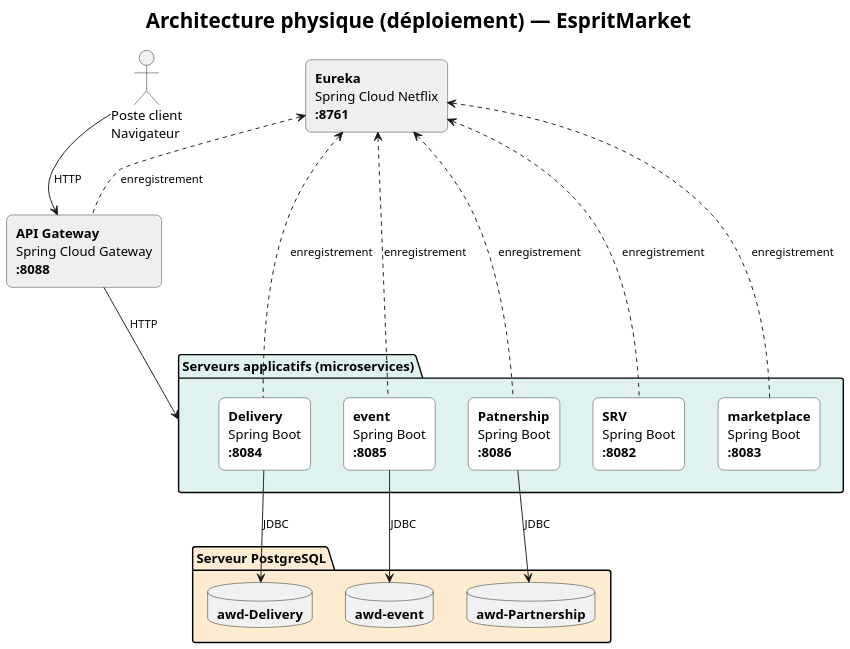
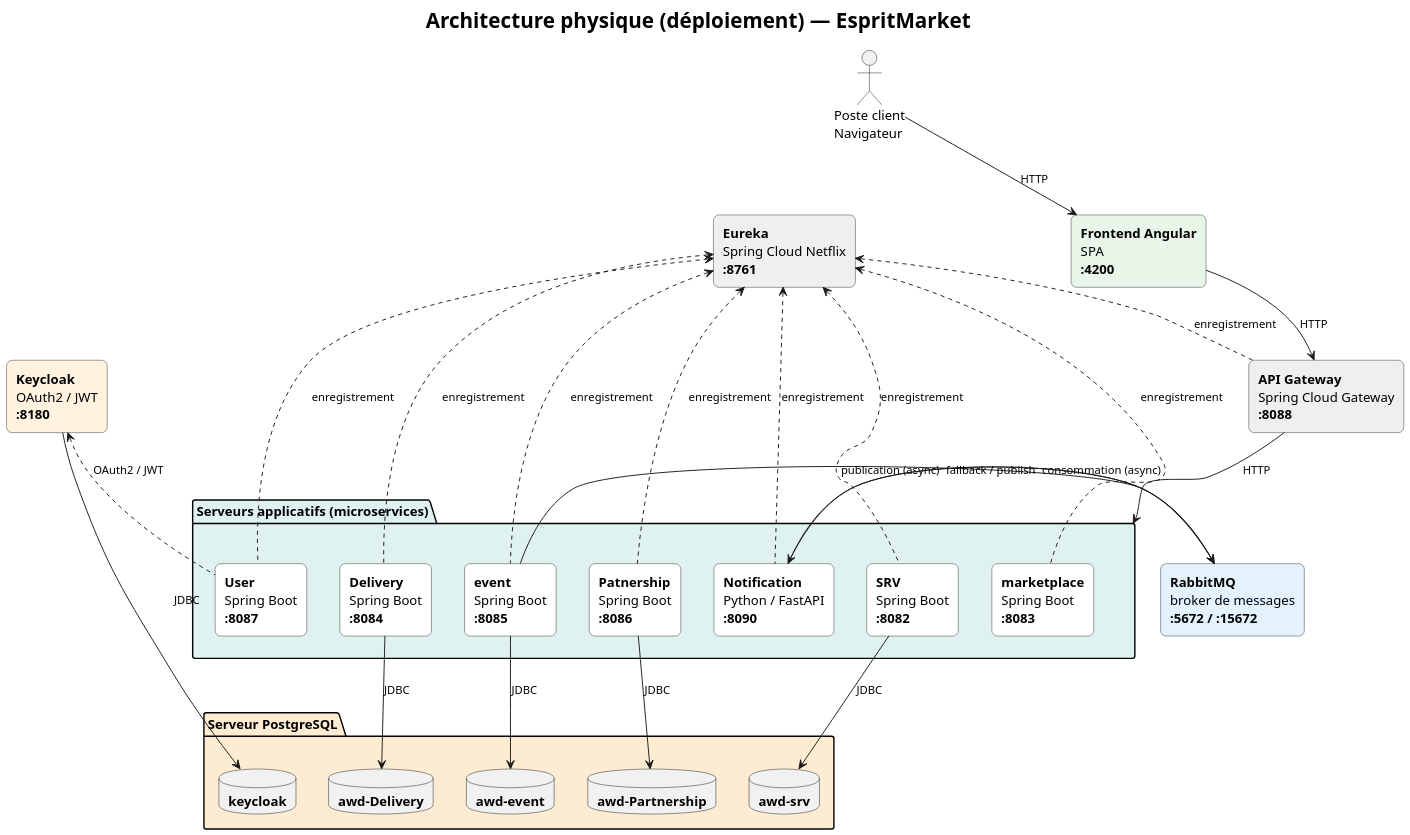
One commit to TheSphynxoid/AWD-EspritMarket changed the diagram in documentation/diag/architecture-physique.puml. Above: the diagram before and after it, drawn with PlantUML. The commit also changed 6 other files, not shown here.

```diff
--- a/documentation/diag/architecture-physique.puml
+++ b/documentation/diag/architecture-physique.puml
@@ -1,61 +1,86 @@
 @startuml architecture-physique
 
 title <size:22>**Architecture physique (déploiement) — EspritMarket**</size>
 
 skinparam dpi 150
 skinparam shadowing false
 skinparam defaultFontName "Segoe UI"
 skinparam rectangleRoundCorner 12
 skinparam packageRectangleRoundCorner 18
 skinparam ArrowFontSize 12
 
 skinparam rectangle {
   BackgroundColor #FFFFFF
   BorderColor #333333
 }
 
 actor "Poste client\nNavigateur" as Client
 
+rectangle "**Frontend Angular**\nSPA\n<b>:4200</b>" as FE #E8F5E9
+
 rectangle "**API Gateway**\nSpring Cloud Gateway\n<b>:8088</b>" as GW #EFEFEF
 
 rectangle "**Eureka**\nSpring Cloud Netflix\n<b>:8761</b>" as EU #EFEFEF
+
+rectangle "**Keycloak**\nOAuth2 / JWT\n<b>:8180</b>" as KC #FFF3E0
 
 package "Serveurs applicatifs (microservices)" as APP #DFF2F0 {
   rectangle "**SRV**\nSpring Boot\n<b>:8082</b>" as SRV
   rectangle "**marketplace**\nSpring Boot\n<b>:8083</b>" as MKT
   rectangle "**Delivery**\nSpring Boot\n<b>:8084</b>" as DEL
   rectangle "**event**\nSpring Boot\n<b>:8085</b>" as EVT
   rectangle "**Patnership**\nSpring Boot\n<b>:8086</b>" as PTN
+  rectangle "**User**\nSpring Boot\n<b>:8087</b>" as USR
+  rectangle "**Notification**\nPython / FastAPI\n<b>:8090</b>" as NOT
   SRV -[hidden]right-> MKT
   MKT -[hidden]right-> DEL
   DEL -[hidden]right-> EVT
   EVT -[hidden]right-> PTN
+  PTN -[hidden]right-> USR
+  USR -[hidden]right-> NOT
 }
 
 package "Serveur PostgreSQL" as DBS #FDEBD2 {
   database "**awd-Delivery**" as AWDDB
   database "**awd-event**" as EVTDB
   database "**awd-Partnership**" as PTNDB
+  database "**awd-srv**" as SRVDB
+  database "**keycloak**" as KCDB
   AWDDB -[hidden]right-> EVTDB
   EVTDB -[hidden]right-> PTNDB
+  PTNDB -[hidden]right-> SRVDB
+  SRVDB -[hidden]right-> KCDB
 }
+
+rectangle "**RabbitMQ**\nbroker de messages\n<b>:5672 / :15672</b>" as RMQ #E3F2FD
+
+Client -down-> FE : HTTP
+FE -down-> GW : HTTP
 
 Client -[hidden]right-> EU
 
-Client -down-> GW : HTTP
-
 GW -down-> APP : HTTP
-
 GW .up.> EU : enregistrement
 
 SRV .up.> EU : enregistrement
 MKT .up.> EU : enregistrement
 DEL .up.> EU : enregistrement
 EVT .up.> EU : enregistrement
 PTN .up.> EU : enregistrement
+USR .up.> EU : enregistrement
+NOT .up.> EU : enregistrement
+
+USR .up.> KC : OAuth2 / JWT
+KC -down-> KCDB : JDBC
 
 DEL -down-> AWDDB : JDBC
 EVT -down-> EVTDB : JDBC
 PTN -down-> PTNDB : JDBC
+SRV -down-> SRVDB : JDBC
+
+EVT -right-> RMQ : publication (async)
+RMQ -right-> NOT : consommation (async)
+
+NOT -down-> RMQ : fallback / publish
 
 @enduml
```
